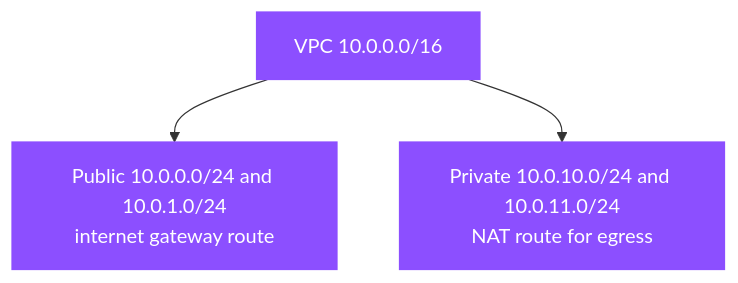
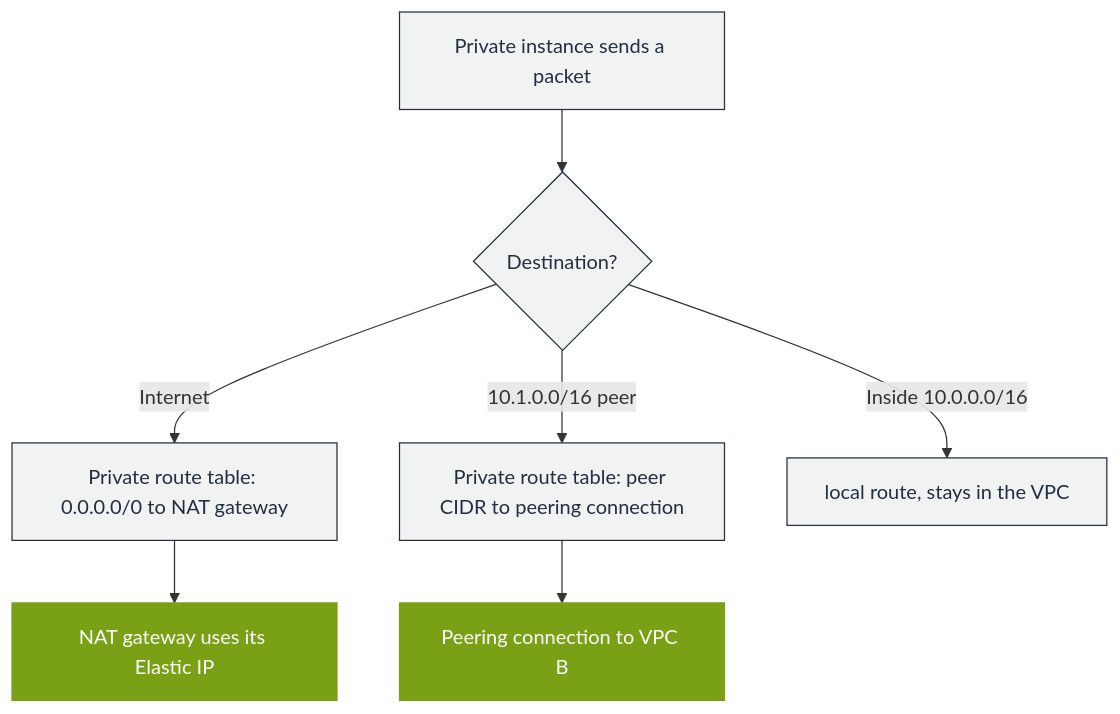
One commit to GabrielAlmeidaFlores/AWS-CloudOps-Engineer-Associate-Doc changed the second of 2 diagrams in 01-concepts/01-networking/01-ip-addressing/09-hands-on-project.md. Above: the diagram before and after it, drawn with Mermaid. The commit also changed other lines of this file and 3 other files, not shown here.

````diff
--- a/01-concepts/01-networking/01-ip-addressing/09-hands-on-project.md
+++ b/01-concepts/01-networking/01-ip-addressing/09-hands-on-project.md
@@ -13,10 +122,13 @@
 ```mermaid
 flowchart TD
-    VPC["VPC 10.0.0.0/16"]
-    PUB["Public 10.0.0.0/24 and 10.0.1.0/24<br/>internet gateway route"]
-    PRIV["Private 10.0.10.0/24 and 10.0.11.0/24<br/>NAT route for egress"]
-    VPC --> PUB
-    VPC --> PRIV
-    classDef network fill:#8C4FFF,stroke:#8C4FFF,color:#ffffff
-    class VPC,PUB,PRIV network
+    A["Private instance sends a packet"] --> B{"Destination?"}
+    B -->|"Internet"| C["Private route table: 0.0.0.0/0 to NAT gateway"]
+    B -->|"10.1.0.0/16 peer"| D["Private route table: peer CIDR to peering connection"]
+    B -->|"Inside 10.0.0.0/16"| E["local route, stays in the VPC"]
+    C --> F["NAT gateway uses its Elastic IP"]
+    D --> G["Peering connection to VPC B"]
+    classDef step fill:#F1F3F3,stroke:#232F3E,color:#232F3E
+    classDef ok fill:#7AA116,stroke:#7AA116,color:#ffffff
+    class A,B,C,D,E step
+    class F,G ok
 ```
````
